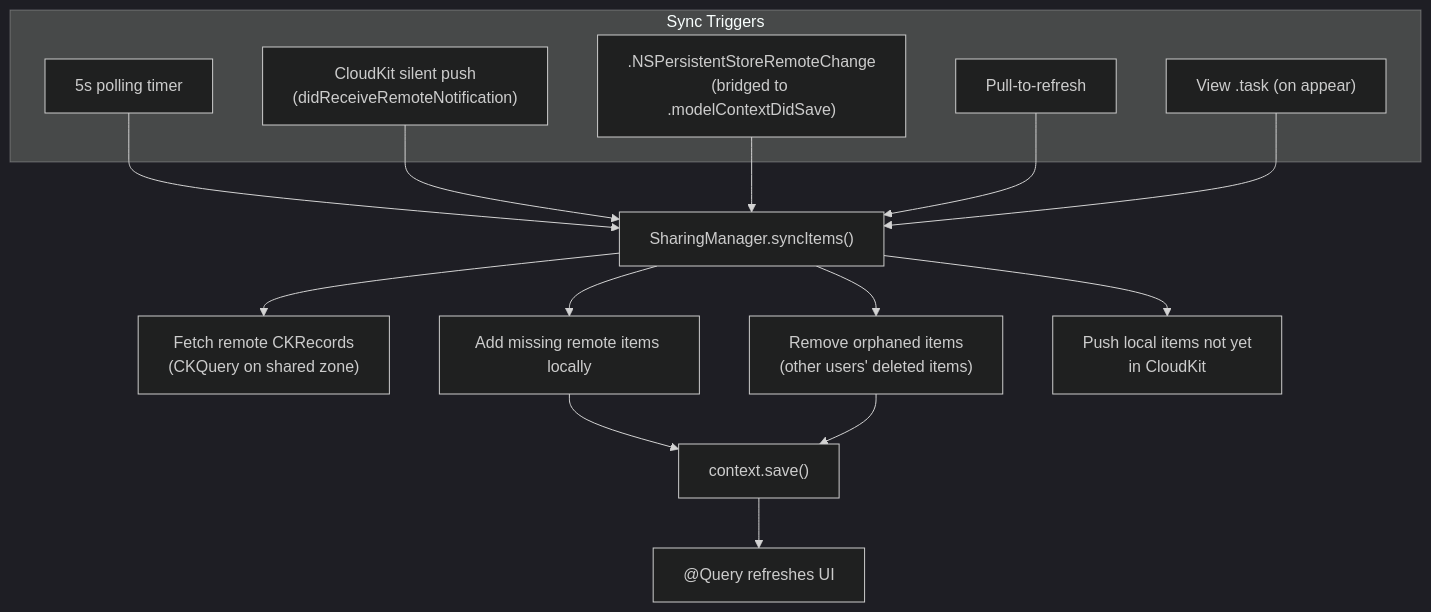
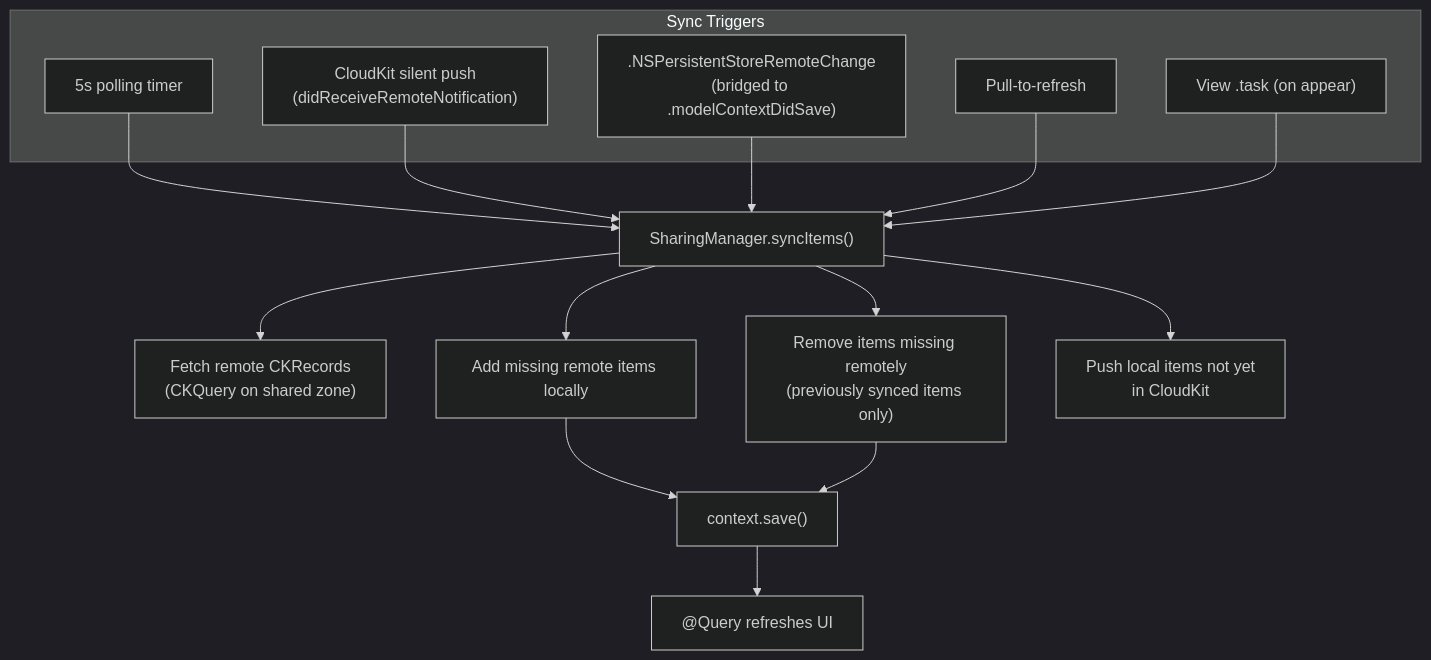
The seventh of 8 diagrams in README.md (protos17/FamilyBudget), drawn with Mermaid (dark theme) before and after one commit. The commit also changed other lines of this file and 5 other files, not shown here.

````diff
--- a/README.md
+++ b/README.md
@@ -241,27 +243,27 @@
 ```mermaid
 flowchart TD
     subgraph "Sync Triggers"
         T1["5s polling timer"]
         T2["CloudKit silent push<br/>(didReceiveRemoteNotification)"]
         T3[".NSPersistentStoreRemoteChange<br/>(bridged to .modelContextDidSave)"]
         T4["Pull-to-refresh"]
         T5["View .task (on appear)"]
     end
 
     T1 --> SYNC
     T2 --> SYNC
     T3 --> SYNC
     T4 --> SYNC
     T5 --> SYNC
 
     SYNC["SharingManager.syncItems()"]
 
     SYNC --> F1["Fetch remote CKRecords<br/>(CKQuery on shared zone)"]
     SYNC --> F2["Add missing remote items locally"]
-    SYNC --> F3["Remove orphaned items<br/>(other users' deleted items)"]
+    SYNC --> F3["Remove items missing remotely<br/>(previously synced items only)"]
     SYNC --> F4["Push local items not yet<br/>in CloudKit"]
 
     F2 --> SAVE["context.save()"]
     F3 --> SAVE
     SAVE --> QUERY["@Query refreshes UI"]
 ```
````
